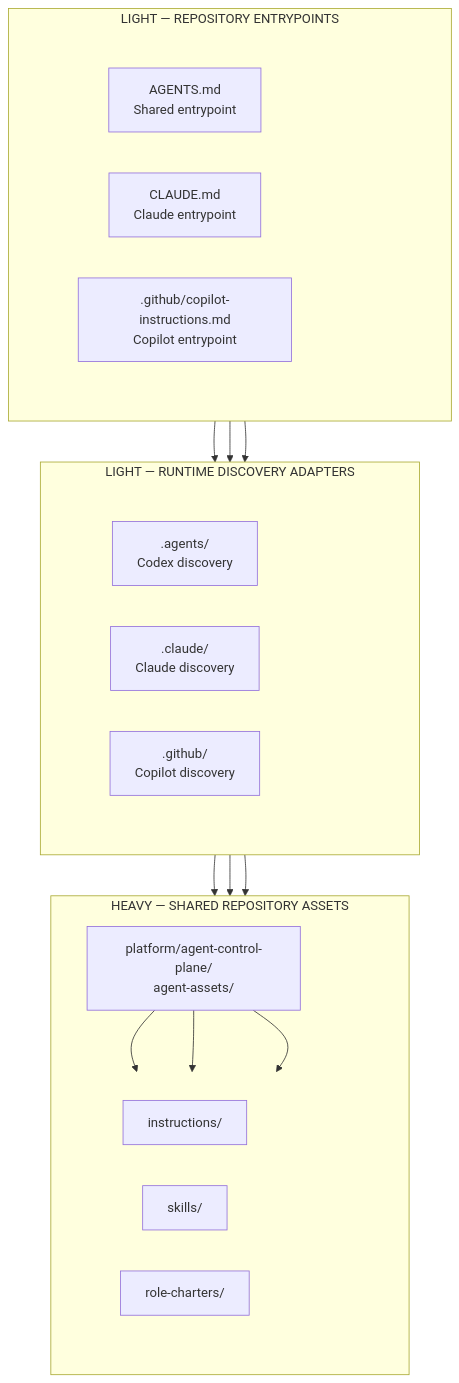
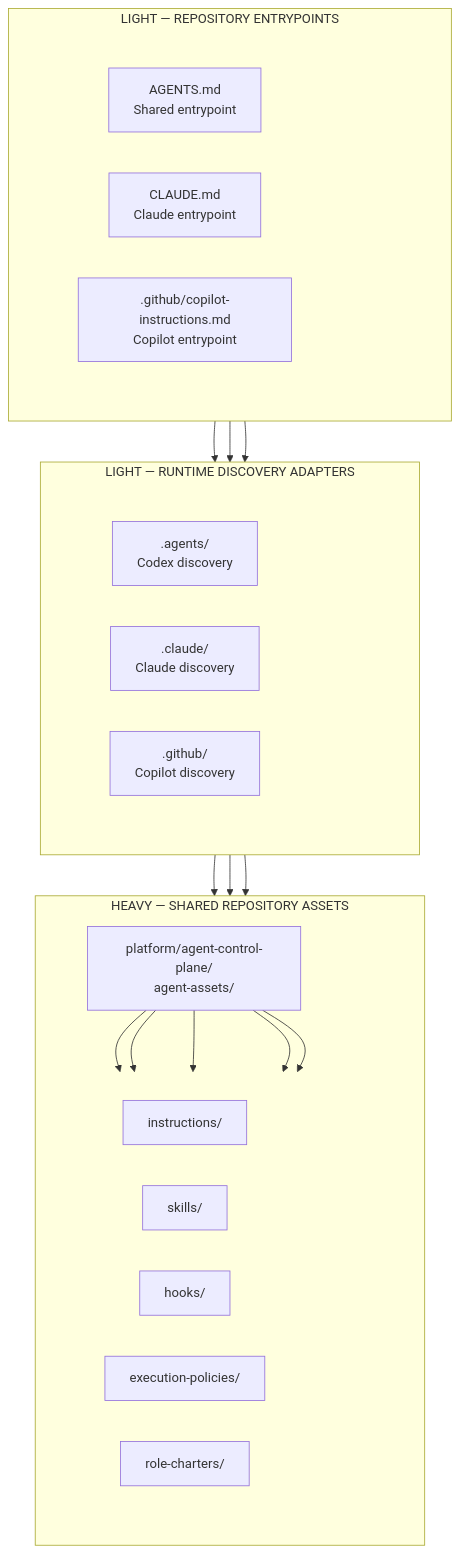
Before and after one commit to Oak-22/agentic-engineering-platform: the diagram in platform/agent-control-plane/docs/diagrams/agent-asset-discovery-layers.md, drawn with Mermaid. The commit also changed 11 other files, not shown here.

````diff
--- a/platform/agent-control-plane/docs/diagrams/agent-asset-discovery-layers.md
+++ b/platform/agent-control-plane/docs/diagrams/agent-asset-discovery-layers.md
@@ -6,59 +6,63 @@
 ```mermaid
 flowchart TB
     subgraph E["LIGHT — REPOSITORY ENTRYPOINTS"]
         direction TB
         ES[" "]
 
         subgraph ER[" "]
             direction LR
             A["AGENTS.md<br/>Shared entrypoint"]
             C["CLAUDE.md<br/>Claude entrypoint"]
             G[".github/copilot-instructions.md<br/>Copilot entrypoint"]
         end
     end
 
     subgraph D["LIGHT — RUNTIME DISCOVERY ADAPTERS"]
         direction TB
         DS[" "]
 
         subgraph DR[" "]
             direction LR
             DO[".agents/<br/>Codex discovery"]
             DC[".claude/<br/>Claude discovery"]
             DG[".github/<br/>Copilot discovery"]
         end
     end
 
     subgraph S["HEAVY — SHARED REPOSITORY ASSETS"]
         direction TB
         SS[" "]
         ROOT["platform/agent-control-plane/<br/>agent-assets/"]
 
         subgraph SR[" "]
             direction LR
             I["instructions/"]
             K["skills/"]
+            H["hooks/"]
+            P["execution-policies/"]
             R["role-charters/"]
         end
     end
 
     A --> DO
     C --> DC
     G --> DG
 
     DO --> ROOT
     DC --> ROOT
     DG --> ROOT
 
     ROOT --> I
     ROOT --> K
+    ROOT --> H
+    ROOT --> P
     ROOT --> R
 
     style ES fill:transparent,stroke:transparent
     style DS fill:transparent,stroke:transparent
     style SS fill:transparent,stroke:transparent
 
     style ER fill:transparent,stroke:transparent
     style DR fill:transparent,stroke:transparent
     style SR fill:transparent,stroke:transparent
 ```
````
